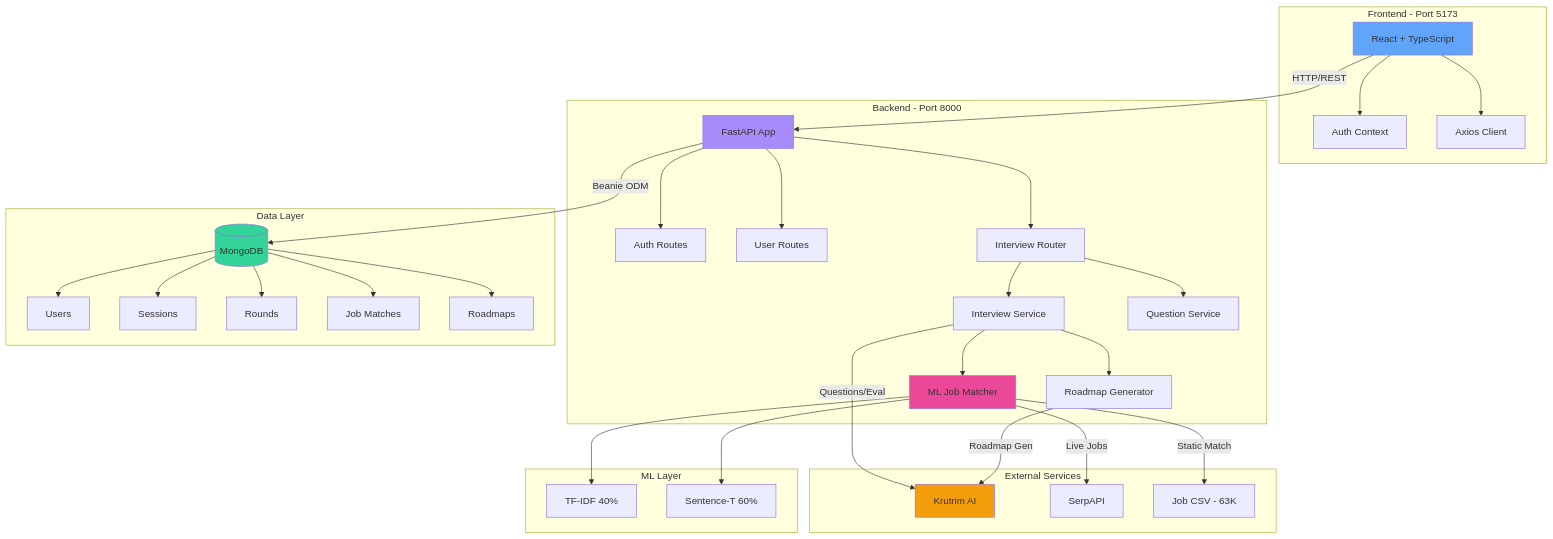
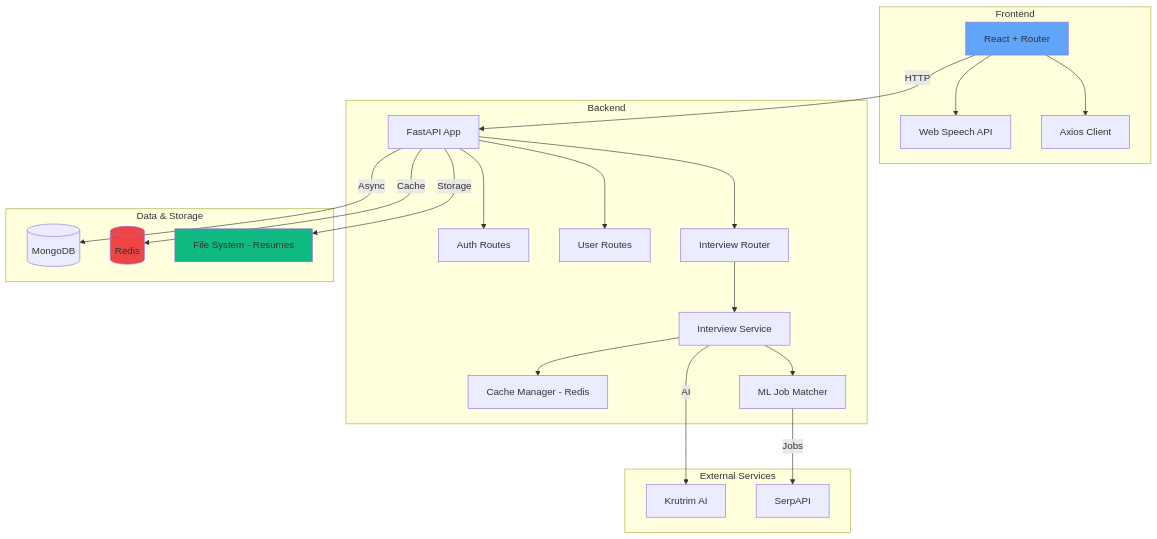
Before and after one commit to Harihkvent/ai-interview-app: the second of 2 diagrams in PROJECT_REVIEW_DOCUMENT.md, drawn with Mermaid. The commit also changed other lines of this file and 2 other files, not shown here.

Commit message:
docs: Update project review document for v1.1 to reflect new features like voice-to-text and Redis caching, and add `knownbugs.txt` to gitignore.

````diff
--- a/PROJECT_REVIEW_DOCUMENT.md
+++ b/PROJECT_REVIEW_DOCUMENT.md
@@ -200,55 +85,41 @@
 ```mermaid
 graph TB
-    subgraph "Frontend - Port 5173"
-        UI[React + TypeScript]
-        UI --> Auth[Auth Context]
+    subgraph "Frontend"
+        UI[React + Router]
+        UI --> STT[Web Speech API]
         UI --> API[Axios Client]
     end
 
-    subgraph "Backend - Port 8000"
+    subgraph "Backend"
         FastAPI[FastAPI App]
         FastAPI --> AuthR[Auth Routes]
         FastAPI --> UserR[User Routes]
         FastAPI --> IntR[Interview Router]
 
         IntR --> IntS[Interview Service]
-        IntR --> QS[Question Service]
+        IntS --> CM[Cache Manager - Redis]
         IntS --> MLS[ML Job Matcher]
-        IntS --> RoadS[Roadmap Generator]
     end
 
-    subgraph "Data Layer"
+    subgraph "Data & Storage"
         DB[(MongoDB)]
-        DB --> Users[Users]
-        DB --> Sessions[Sessions]
-        DB --> Rounds[Rounds]
-        DB --> JobM[Job Matches]
-        DB --> Roads[Roadmaps]
+        Redis[(Redis)]
+        FS[File System - Resumes]
     end
 
     subgraph "External Services"
         Krutrim[Krutrim AI]
         SerpAPI[SerpAPI]
-        JobDB[Job CSV - 63K]
     end
 
-    subgraph "ML Layer"
-        TFIDF[TF-IDF 40%]
-        Semantic[Sentence-T 60%]
-    end
-
-    UI -->|HTTP/REST| FastAPI
-    FastAPI -->|Beanie ODM| DB
-    IntS -->|Questions/Eval| Krutrim
-    RoadS -->|Roadmap Gen| Krutrim
-    MLS -->|Live Jobs| SerpAPI
-    MLS -->|Static Match| JobDB
-    MLS --> TFIDF
-    MLS --> Semantic
+    UI -->|HTTP| FastAPI
+    FastAPI -->|Async| DB
+    FastAPI -->|Cache| Redis
+    FastAPI -->|Storage| FS
+    IntS -->|AI| Krutrim
+    MLS -->|Jobs| SerpAPI
 
     style UI fill:#60A5FA
-    style FastAPI fill:#A78BFA
-    style DB fill:#34D399
-    style Krutrim fill:#F59E0B
-    style MLS fill:#EC4899
+    style Redis fill:#EF4444
+    style FS fill:#10B981
 ```
````
